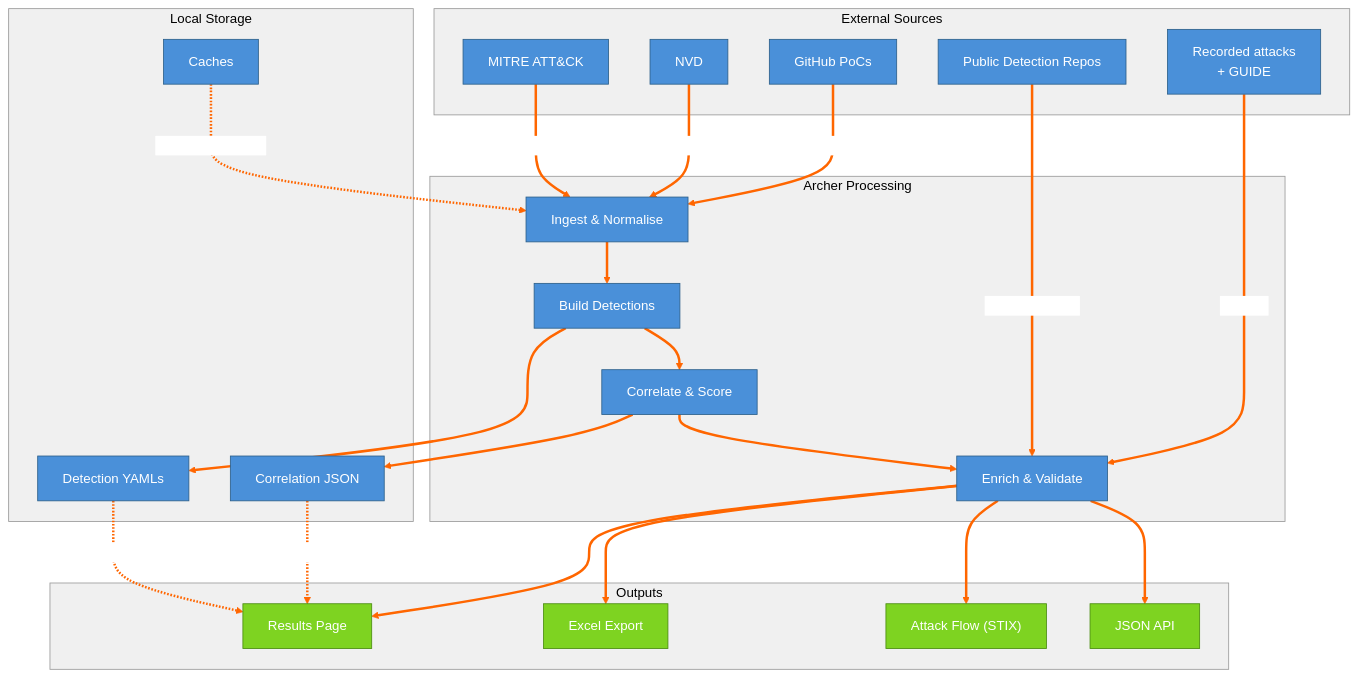
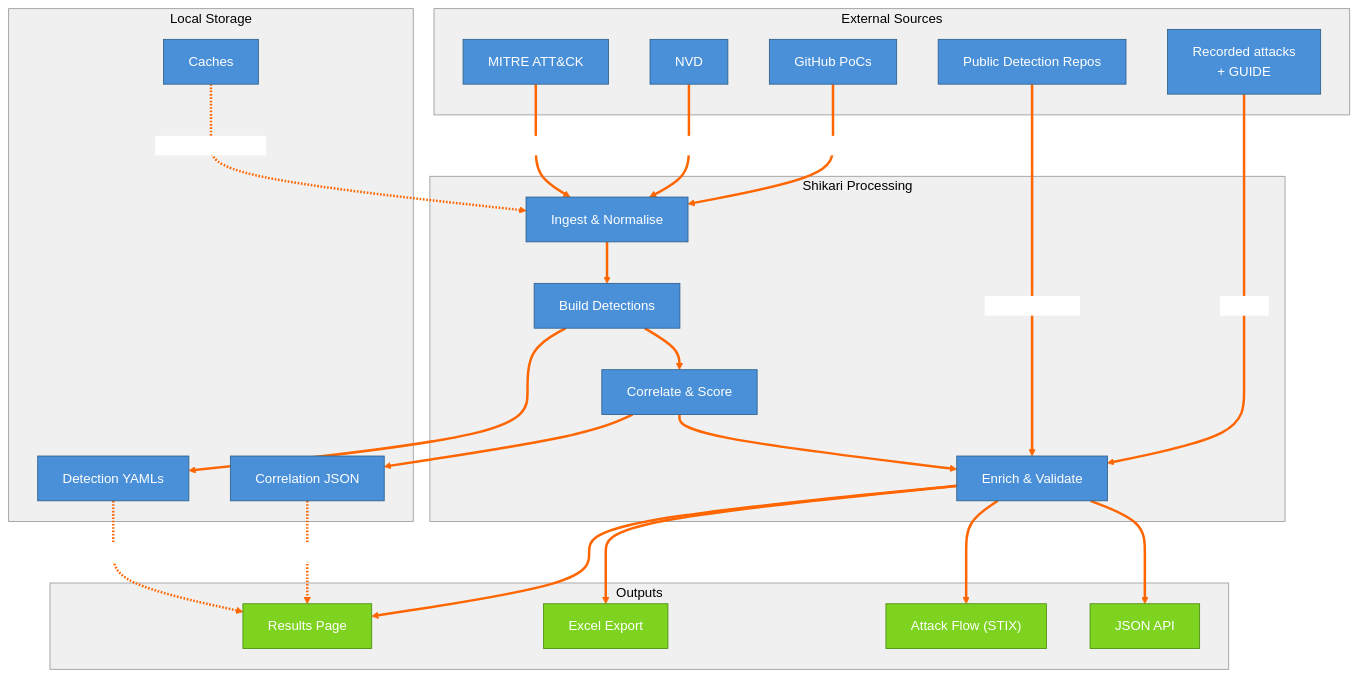
Before and after one commit to cmdaltr/shikari: the diagram in docs/architecture/mermaid/08_5_data_flow_what_goes_where.md, drawn with Mermaid. The commit also changed other lines of this file and 1000 other files, not shown here.

First line of the commit message:
refactor(brand): rename archer -> shikari and rebrand the UI

````diff
--- a/docs/architecture/mermaid/08_5_data_flow_what_goes_where.md
+++ b/docs/architecture/mermaid/08_5_data_flow_what_goes_where.md
@@ -5,64 +5,64 @@
 ```mermaid
 %%{init: {'theme': 'base', 'themeVariables': {'lineColor': '#ff6600', 'edgeLabelBackground': '#ffffff', 'primaryColor': '#4a90d9', 'primaryTextColor': '#ffffff', 'primaryBorderColor': '#2c5f8a', 'secondaryColor': '#e8e8e8', 'tertiaryColor': '#f5f5f5', 'clusterBkg': '#f0f0f0', 'clusterBorder': '#999999', 'titleColor': '#000000', 'nodeTextColor': '#000000', 'background': '#ffffff'}}}%%
 flowchart TD
     subgraph SOURCES ["External Sources"]
         STIX["MITRE ATT&CK"]
         NVD_S["NVD"]
         GH_S["GitHub PoCs"]
         OSINT_S["Public Detection Repos"]
         TEL_S["Recorded attacks<br/>+ GUIDE"]
     end
 
-    subgraph PROCESS ["Archer Processing"]
+    subgraph PROCESS ["Shikari Processing"]
         INGEST["Ingest & Normalise"]
         BUILD["Build Detections"]
         CORRELATE_P["Correlate & Score"]
         ENRICH_P["Enrich & Validate"]
     end
 
     subgraph STORE ["Local Storage"]
         YAMLS_S["Detection YAMLs"]
         CORR_S["Correlation JSON"]
         CACHE_S["Caches"]
     end
 
     subgraph OUT ["Outputs"]
         BROWSER["Results Page"]
         XLSX_O["Excel Export"]
         FLOW_O["Attack Flow (STIX)"]
         JSON_O["JSON API"]
     end
 
     STIX -->|"At startup"| INGEST
     NVD_S -->|"On demand"| INGEST
     GH_S -->|"On demand"| INGEST
 
     INGEST --> BUILD
     BUILD --> YAMLS_S
     BUILD --> CORRELATE_P
     CORRELATE_P --> CORR_S
     CORRELATE_P --> ENRICH_P
 
     OSINT_S -->|"Cross-reference"| ENRICH_P
     TEL_S -->|"Emulate"| ENRICH_P
 
     ENRICH_P --> BROWSER
     ENRICH_P --> XLSX_O
     ENRICH_P --> FLOW_O
     ENRICH_P --> JSON_O
 
     YAMLS_S -.->|"Read back"| BROWSER
     CORR_S -.->|"Read back"| BROWSER
     CACHE_S -.->|"Speeds up repeats"| INGEST
 
     style STIX fill:#4a90d9,stroke:#2c5f8a,color:#fff
     style NVD_S fill:#4a90d9,stroke:#2c5f8a,color:#fff
     style GH_S fill:#4a90d9,stroke:#2c5f8a,color:#fff
     style OSINT_S fill:#4a90d9,stroke:#2c5f8a,color:#fff
     style TEL_S fill:#4a90d9,stroke:#2c5f8a,color:#fff
     style BROWSER fill:#7ed321,stroke:#4a8c0f,color:#fff
     style XLSX_O fill:#7ed321,stroke:#4a8c0f,color:#fff
     style FLOW_O fill:#7ed321,stroke:#4a8c0f,color:#fff
     style JSON_O fill:#7ed321,stroke:#4a8c0f,color:#fff
     linkStyle default stroke:#ff6600,stroke-width:3px
 ```
````
